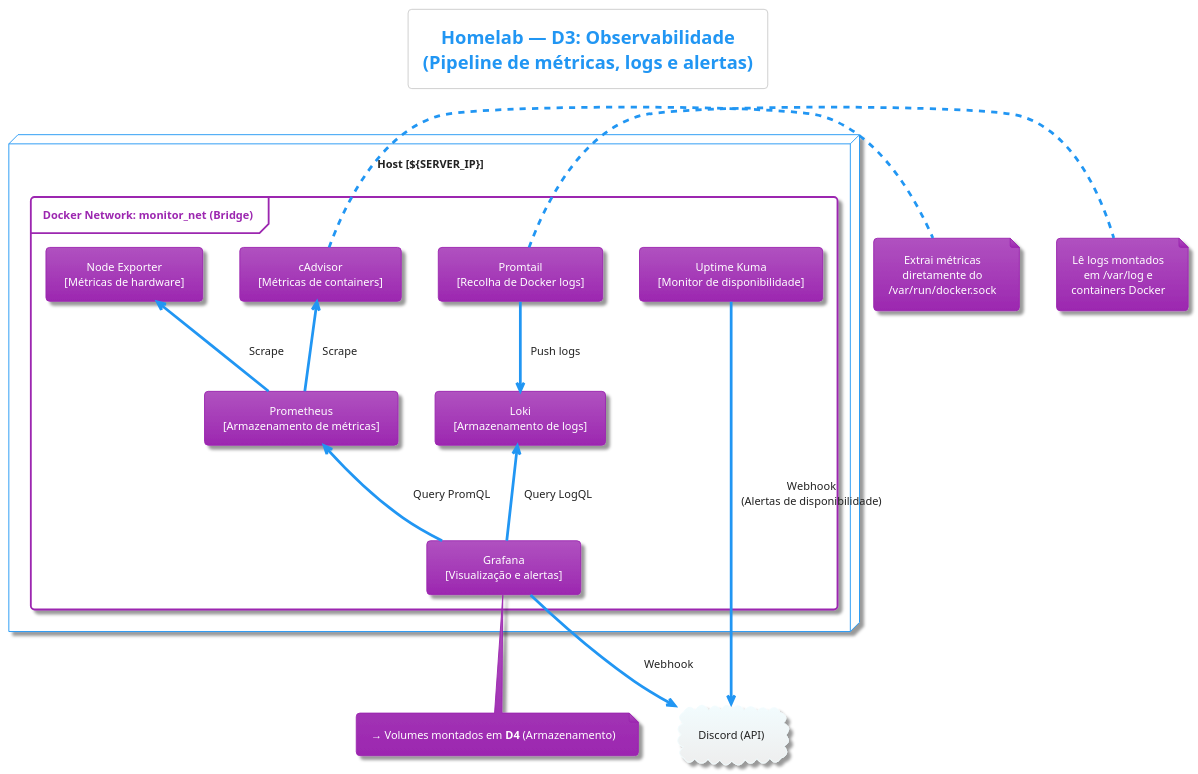
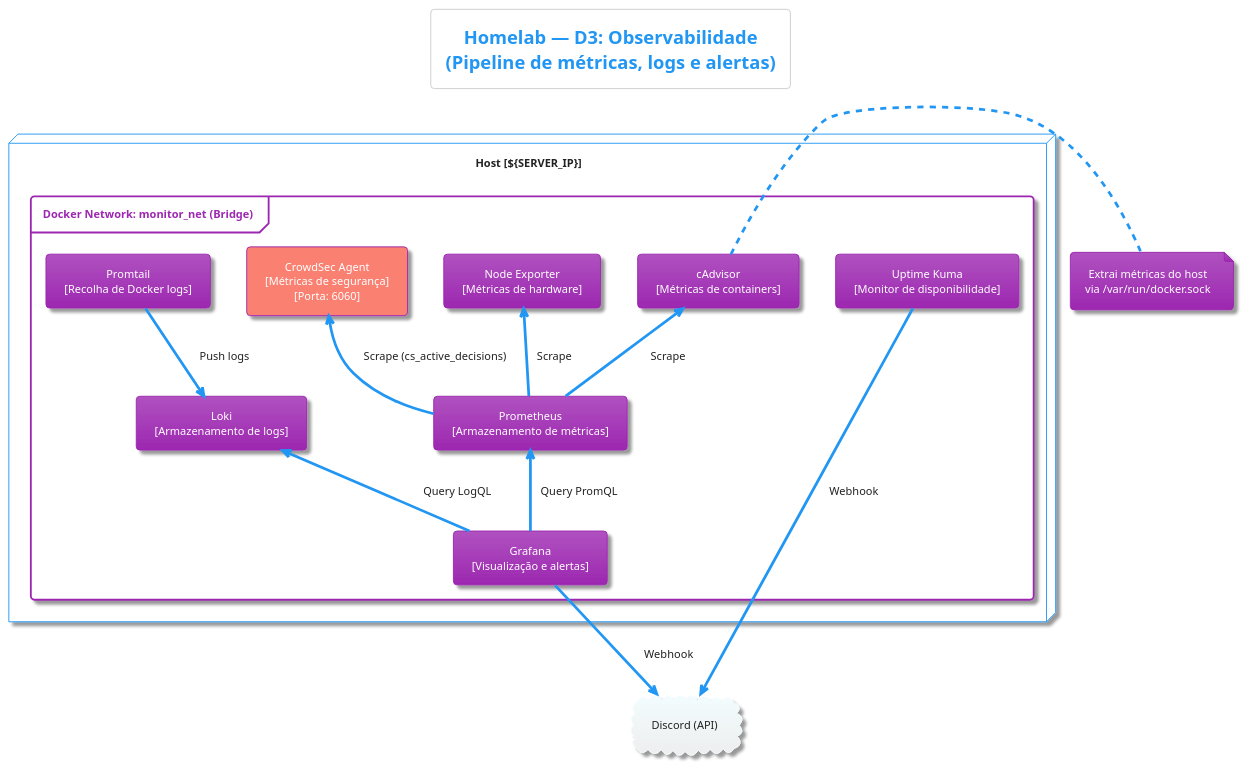
One commit to GuiCoelhoC/HomeLab_Public changed the diagram in Documents/DiagramasC4model/D3_Observabilidade.puml. Above: the diagram before and after it, drawn with PlantUML. The commit also changed 9 other files, not shown here.

First line of the commit message:
docs: atualizar diagramas C4 com arquitetura CrowdSec (IDS/IPS)

```diff
--- a/Documents/DiagramasC4model/D3_Observabilidade.puml
+++ b/Documents/DiagramasC4model/D3_Observabilidade.puml
@@ -1,59 +1,45 @@
 @startuml D3_Observabilidade
 !theme materia
 title Homelab — D3: Observabilidade\n(Pipeline de métricas, logs e alertas)
 
 top to bottom direction
 skinparam defaultTextAlignment center
 skinparam nodesep 40
 skinparam ranksep 50
 
-' ── Sistema externo ───────────────────────────────────────────
 cloud "Discord (API)" as discord
 
-' ── Pipeline de observabilidade ───────────────────────────────
 node "Host [${SERVER_IP}]" as host {
     frame "Docker Network: monitor_net (Bridge)" {
         card "Node Exporter\n[Métricas de hardware]" as node_exporter
         card "cAdvisor\n[Métricas de containers]" as cadvisor
+        card "CrowdSec Agent\n[Métricas de segurança]\n[Porta: 6060]" as crowdsec #Salmon
         
         card "Promtail\n[Recolha de Docker logs]" as promtail
 
         card "Prometheus\n[Armazenamento de métricas]" as prometheus
         card "Loki\n[Armazenamento de logs]" as loki
 
         card "Grafana\n[Visualização e alertas]" as grafana
         card "Uptime Kuma\n[Monitor de disponibilidade]" as uptimekuma
     }
 }
 
-' ── Fluxo de métricas (pull — bottom-up) ─────────────────────
 node_exporter <-- prometheus : "Scrape"
 cadvisor      <-- prometheus : "Scrape"
+crowdsec      <-- prometheus : "Scrape (cs_active_decisions)"
+
 promtail      --> loki       : "Push logs"
 
 prometheus    <-- grafana    : "Query PromQL"
 loki          <-- grafana    : "Query LogQL"
 
-' ── Alertas (outbound) ────────────────────────────────────────
 grafana    --> discord : "Webhook"
-uptimekuma --> discord : "Webhook\n(Alertas de disponibilidade)"
+uptimekuma --> discord : "Webhook"
 
-' ── Notas ─────────────────────────────────────────────────────
 note right of cadvisor
-  Extrai métricas
-  diretamente do
-  /var/run/docker.sock
-end note
-
-note right of promtail
-  Lê logs montados
-  em /var/log e
-  containers Docker
-end note
-
-' ── Referências cruzadas ──────────────────────────────────────
-note bottom of grafana
-  → Volumes montados em **D4** (Armazenamento)
+  Extrai métricas do host
+  via /var/run/docker.sock
 end note
 
 @enduml
```
